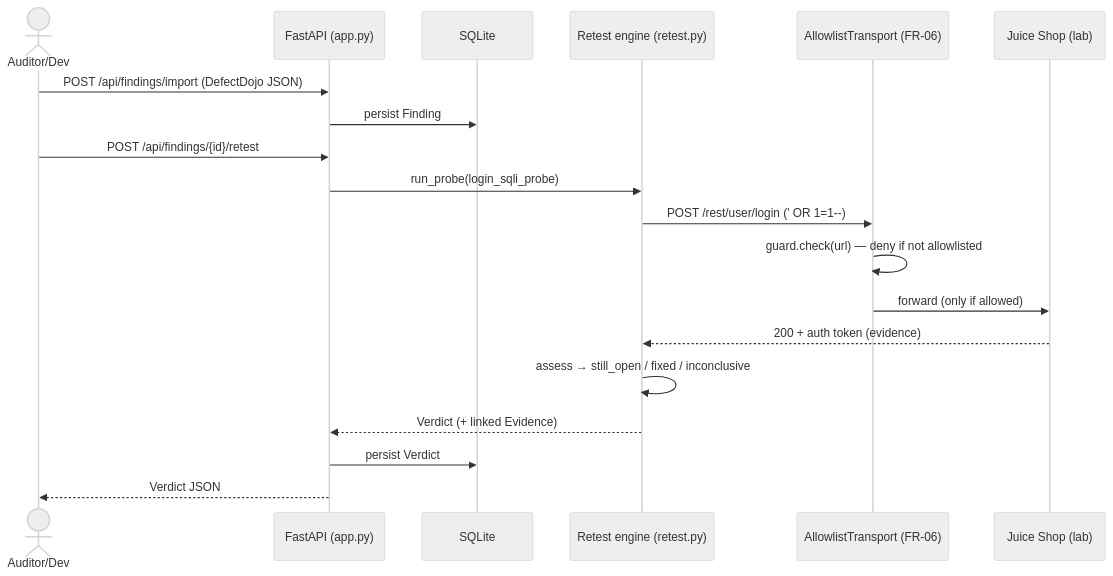
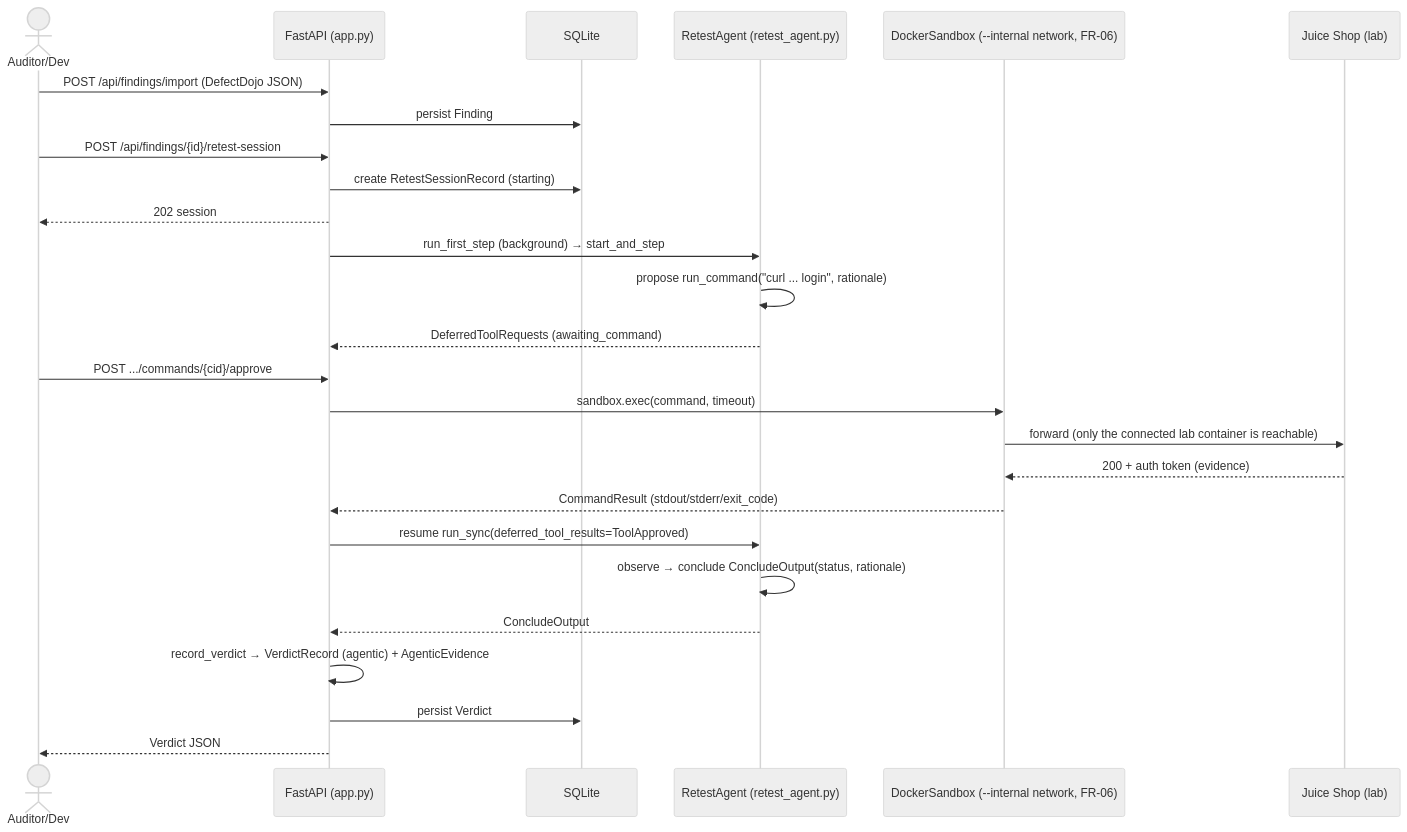
The third of 6 diagrams in docs/architecture/c4.md (SelfishCoconut/revalid), drawn with Mermaid (neutral theme) before and after one commit. The commit also changed other lines of this file and 44 other files, not shown here.

First line of the commit message:
FR-17 Slice 6b-iii-b: reshape the finding flow around the agentic console (#114)

````diff
--- a/docs/architecture/c4.md
+++ b/docs/architecture/c4.md
@@ -52,22 +58,29 @@
 ```mermaid
 sequenceDiagram
     actor Dev as Auditor/Dev
     participant API as FastAPI (app.py)
     participant DB as SQLite
-    participant RT as Retest engine (retest.py)
-    participant G as AllowlistTransport (FR-06)
+    participant Agent as RetestAgent (retest_agent.py)
+    participant SB as DockerSandbox (--internal network, FR-06)
     participant Lab as Juice Shop (lab)
 
     Dev->>API: POST /api/findings/import (DefectDojo JSON)
     API->>DB: persist Finding
-    Dev->>API: POST /api/findings/{id}/retest
-    API->>RT: run_probe(login_sqli_probe)
-    RT->>G: POST /rest/user/login  (' OR 1=1--)
-    G->>G: guard.check(url) — deny if not allowlisted
-    G->>Lab: forward (only if allowed)
-    Lab-->>RT: 200 + auth token  (evidence)
-    RT->>RT: assess → still_open / fixed / inconclusive
-    RT-->>API: Verdict (+ linked Evidence)
+    Dev->>API: POST /api/findings/{id}/retest-session
+    API->>DB: create RetestSessionRecord (starting)
+    API-->>Dev: 202 session
+    API->>Agent: run_first_step (background) → start_and_step
+    Agent->>Agent: propose run_command("curl ... login", rationale)
+    Agent-->>API: DeferredToolRequests (awaiting_command)
+    Dev->>API: POST .../commands/{cid}/approve
+    API->>SB: sandbox.exec(command, timeout)
+    SB->>Lab: forward (only the connected lab container is reachable)
+    Lab-->>SB: 200 + auth token  (evidence)
+    SB-->>API: CommandResult (stdout/stderr/exit_code)
+    API->>Agent: resume run_sync(deferred_tool_results=ToolApproved)
+    Agent->>Agent: observe → conclude ConcludeOutput(status, rationale)
+    Agent-->>API: ConcludeOutput
+    API->>API: record_verdict → VerdictRecord (agentic) + AgenticEvidence
     API->>DB: persist Verdict
     API-->>Dev: Verdict JSON
 ```
````
